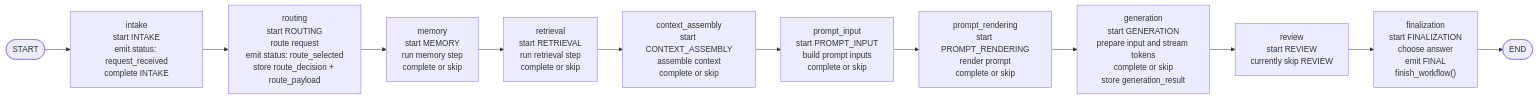
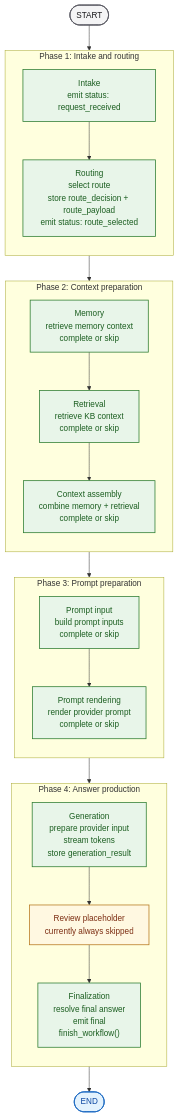
One commit to lmguerrini/creative-coding-assistant changed the first of 3 diagrams in docs/workflow_graph.md. Above: the diagram before and after it, drawn with Mermaid. The commit also changed other lines of this file and 1 other file, not shown here.

First line of the commit message:
Improve workflow graph diagrams

````diff
--- a/docs/workflow_graph.md
+++ b/docs/workflow_graph.md
@@ -15,17 +21,43 @@
 ```mermaid
-flowchart LR
+flowchart TB
+    classDef boundary fill:#F4F4F5,stroke:#52525B,color:#18181B,stroke-width:1.5px;
+    classDef implemented fill:#E8F5E9,stroke:#2E7D32,color:#1B5E20,stroke-width:1.5px;
+    classDef placeholder fill:#FFF8E1,stroke:#B7791F,color:#7C2D12,stroke-width:1.5px;
+    classDef terminal fill:#E3F2FD,stroke:#1565C0,color:#0D47A1,stroke-width:1.5px;
+
     start([START])
-    intake["intake<br/>start INTAKE<br/>emit status: request_received<br/>complete INTAKE"]
-    routing["routing<br/>start ROUTING<br/>route request<br/>emit status: route_selected<br/>store route_decision + route_payload"]
-    memory["memory<br/>start MEMORY<br/>run memory step<br/>complete or skip"]
-    retrieval["retrieval<br/>start RETRIEVAL<br/>run retrieval step<br/>complete or skip"]
-    context_assembly["context_assembly<br/>start CONTEXT_ASSEMBLY<br/>assemble context<br/>complete or skip"]
-    prompt_input["prompt_input<br/>start PROMPT_INPUT<br/>build prompt inputs<br/>complete or skip"]
-    prompt_rendering["prompt_rendering<br/>start PROMPT_RENDERING<br/>render prompt<br/>complete or skip"]
-    generation["generation<br/>start GENERATION<br/>prepare input and stream tokens<br/>complete or skip<br/>store generation_result"]
-    review["review<br/>start REVIEW<br/>currently skip REVIEW"]
-    finalization["finalization<br/>start FINALIZATION<br/>choose answer<br/>emit FINAL<br/>finish_workflow()"]
     finish([END])
 
+    subgraph phase_1["Phase 1: Intake and routing"]
+        direction TB
+        intake["Intake<br/>emit status: request_received"]
+        routing["Routing<br/>select route<br/>store route_decision + route_payload<br/>emit status: route_selected"]
+    end
+
+    subgraph phase_2["Phase 2: Context preparation"]
+        direction TB
+        memory["Memory<br/>retrieve memory context<br/>complete or skip"]
+        retrieval["Retrieval<br/>retrieve KB context<br/>complete or skip"]
+        context_assembly["Context assembly<br/>combine memory + retrieval<br/>complete or skip"]
+    end
+
+    subgraph phase_3["Phase 3: Prompt preparation"]
+        direction TB
+        prompt_input["Prompt input<br/>build prompt inputs<br/>complete or skip"]
+        prompt_rendering["Prompt rendering<br/>render provider prompt<br/>complete or skip"]
+    end
+
+    subgraph phase_4["Phase 4: Answer production"]
+        direction TB
+        generation["Generation<br/>prepare provider input<br/>stream tokens<br/>store generation_result"]
+        review["Review placeholder<br/>currently always skipped"]
+        finalization["Finalization<br/>resolve final answer<br/>emit final<br/>finish_workflow()"]
+    end
+
     start --> intake --> routing --> memory --> retrieval --> context_assembly --> prompt_input --> prompt_rendering --> generation --> review --> finalization --> finish
+
+    class start boundary
+    class finish terminal
+    class intake,routing,memory,retrieval,context_assembly,prompt_input,prompt_rendering,generation,finalization implemented
+    class review placeholder
 ```
````
